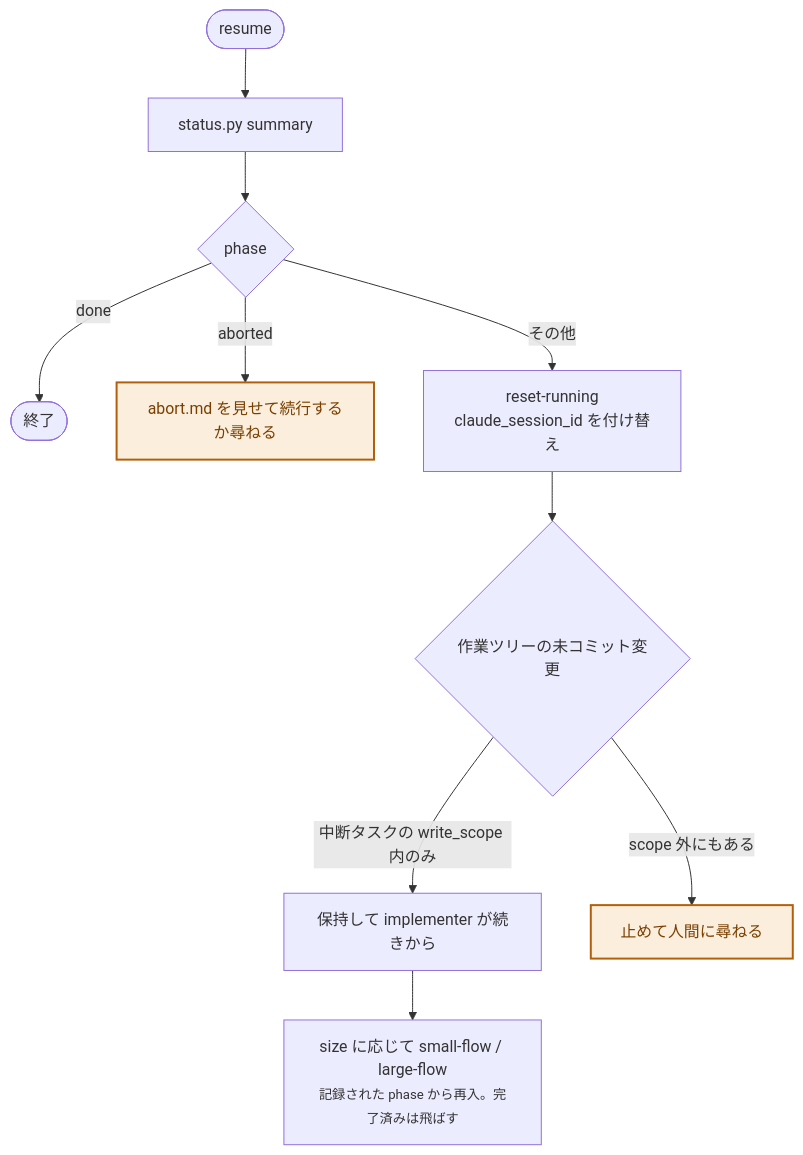
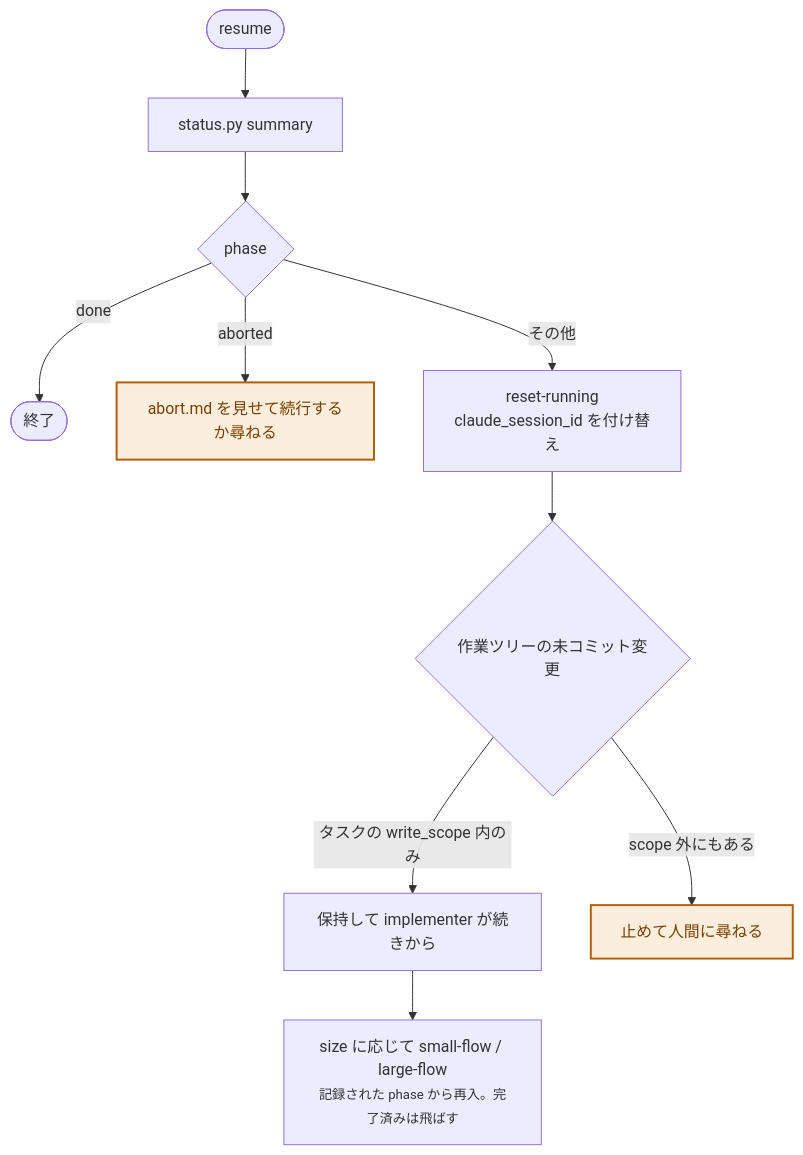
Before and after one commit to tamashiro-syuta/tama-cc-kit: diagram 11 of 11 in docs/tama-cc-devflow.md, drawn with Mermaid. The commit also changed other lines of this file and 5 other files, not shown here.

````diff
--- a/docs/tama-cc-devflow.md
+++ b/docs/tama-cc-devflow.md
@@ -463,14 +463,14 @@
 ```mermaid
 flowchart TD
     classDef human fill:#fbeedc,stroke:#b25e0a,stroke-width:2px,color:#7a3f00
 
     s([resume]) --> sum["status.py summary"]
     sum --> ph{phase}
     ph -- done --> fin([終了])
     ph -- aborted --> ab["abort.md を見せて続行するか尋ねる"]:::human
     ph -- その他 --> reset["reset-running<br/>claude_session_id を付け替え"]
     reset --> tree{"作業ツリーの未コミット変更"}
-    tree -- "中断タスクの write_scope 内のみ" --> keep["保持して implementer が続きから"]
+    tree -- "タスクの write_scope 内のみ" --> keep["保持して implementer が続きから"]
     tree -- "scope 外にもある" --> ask["止めて人間に尋ねる"]:::human
     keep --> flow["size に応じて small-flow / large-flow<br/><small>記録された phase から再入。完了済みは飛ばす</small>"]
 ```
````
